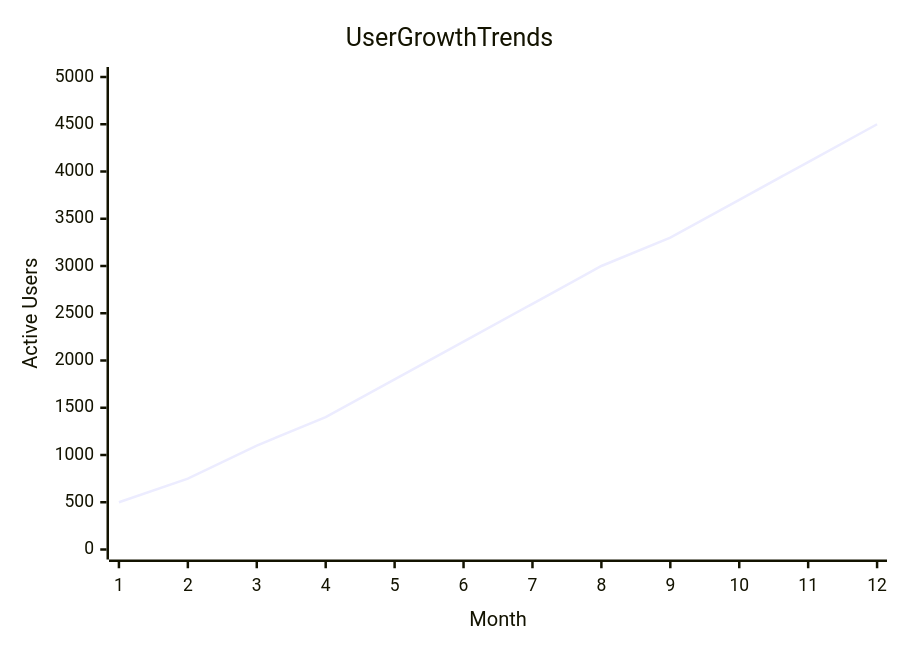
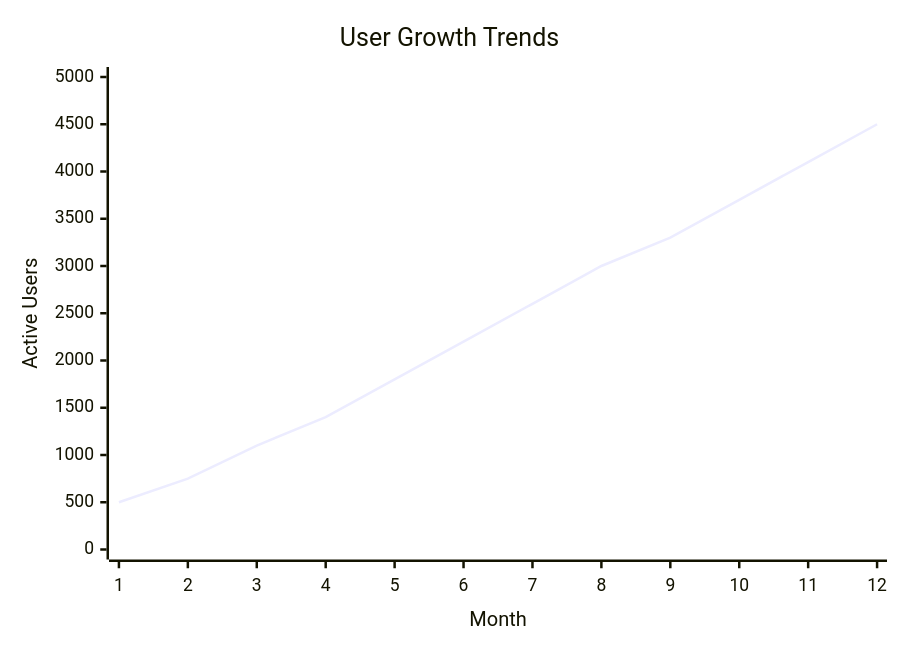
One commit to BitYoungjae/marketplace changed diagram 12 of 23 in plugins/obsidian-blocks/skills/mermaid-diagramming/xychart.md. Above: the diagram before and after it, drawn with Mermaid. The commit also changed other lines of this file and 14 other files, not shown here.

First line of the commit message:
feat(obsidian-blocks): add Session 3 Mermaid diagrams

````diff
--- a/plugins/obsidian-blocks/skills/mermaid-diagramming/xychart.md
+++ b/plugins/obsidian-blocks/skills/mermaid-diagramming/xychart.md
@@ -167,7 +171,7 @@
 ```mermaid
 xychart-beta
-    title User Growth Trends
+    title "User Growth Trends"
     x-axis "Month" 1 --> 12
     y-axis "Active Users" 0 --> 5000
     line [500, 750, 1100, 1400, 1800, 2200, 2600, 3000, 3300, 3700, 4100, 4500]
 ```
````
